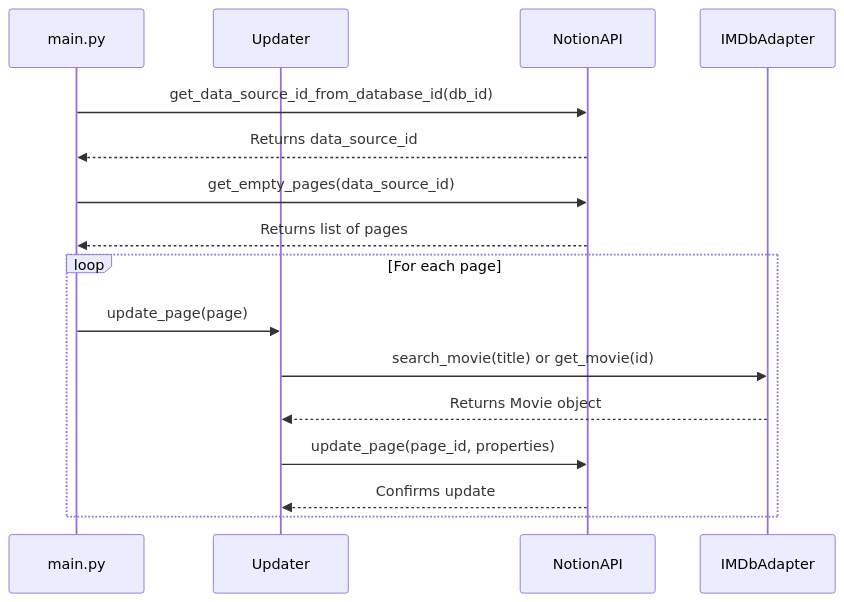
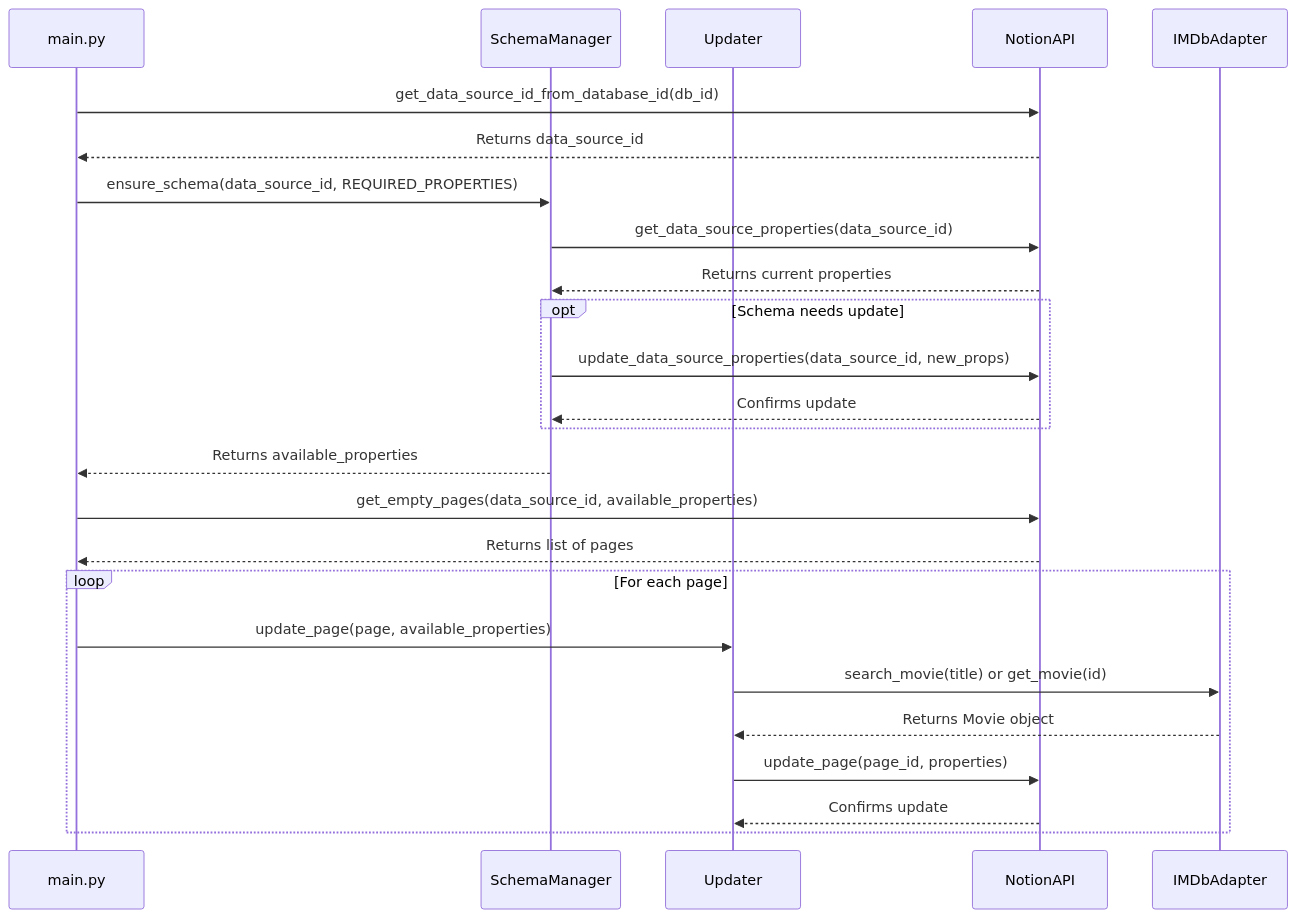
The diagram in docs/sequence.md (zeashrak/notion-imdb-movielist-update), drawn with Mermaid before and after one commit. The commit also changed 2 other files, not shown here.

Commit message:
docs: update class and sequence diagrams and readme

````diff
--- a/docs/sequence.md
+++ b/docs/sequence.md
@@ -5,19 +5,30 @@
 ```mermaid
 sequenceDiagram
     participant Main as main.py
+    participant SchemaManager
     participant Updater
     participant NotionAPI
     participant IMDbAdapter
 
     Main->>NotionAPI: get_data_source_id_from_database_id(db_id)
     NotionAPI-->>Main: Returns data_source_id
-    Main->>NotionAPI: get_empty_pages(data_source_id)
+    
+    Main->>SchemaManager: ensure_schema(data_source_id, REQUIRED_PROPERTIES)
+    SchemaManager->>NotionAPI: get_data_source_properties(data_source_id)
+    NotionAPI-->>SchemaManager: Returns current properties
+    opt Schema needs update
+        SchemaManager->>NotionAPI: update_data_source_properties(data_source_id, new_props)
+        NotionAPI-->>SchemaManager: Confirms update
+    end
+    SchemaManager-->>Main: Returns available_properties
+
+    Main->>NotionAPI: get_empty_pages(data_source_id, available_properties)
     NotionAPI-->>Main: Returns list of pages
     loop For each page
-        Main->>Updater: update_page(page)
+        Main->>Updater: update_page(page, available_properties)
         Updater->>IMDbAdapter: search_movie(title) or get_movie(id)
         IMDbAdapter-->>Updater: Returns Movie object
         Updater->>NotionAPI: update_page(page_id, properties)
         NotionAPI-->>Updater: Confirms update
     end
 ```
````
